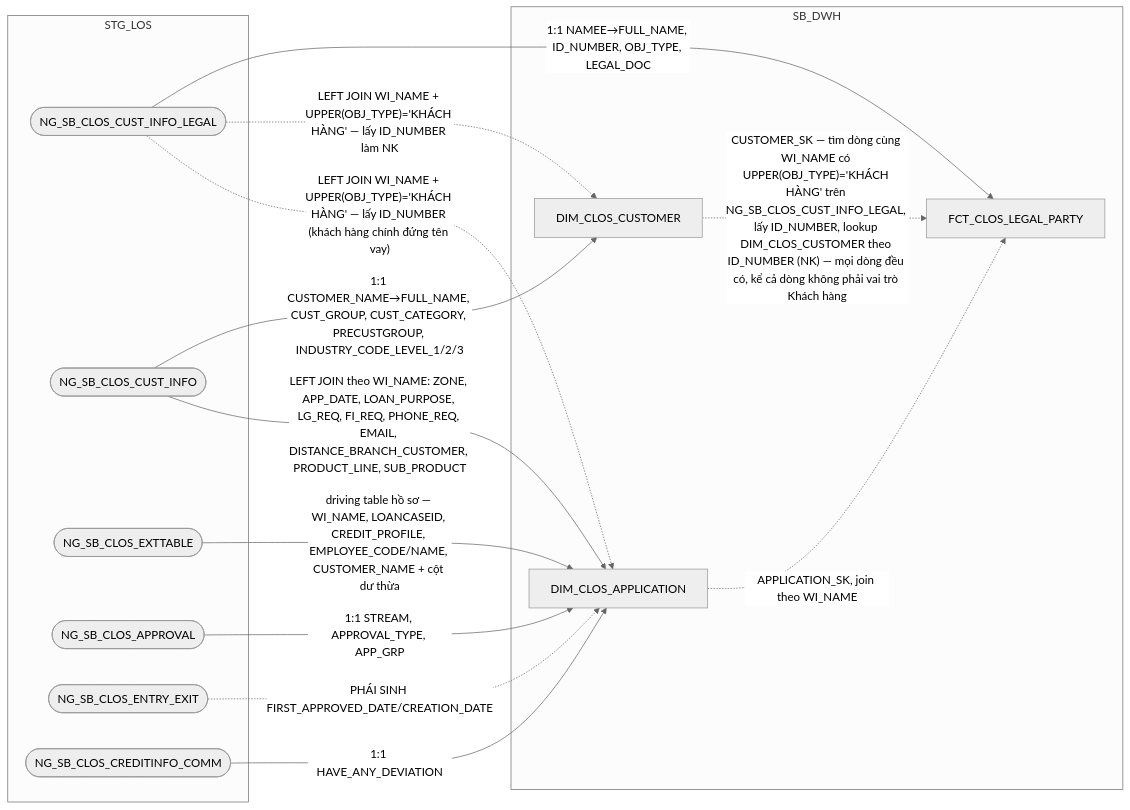
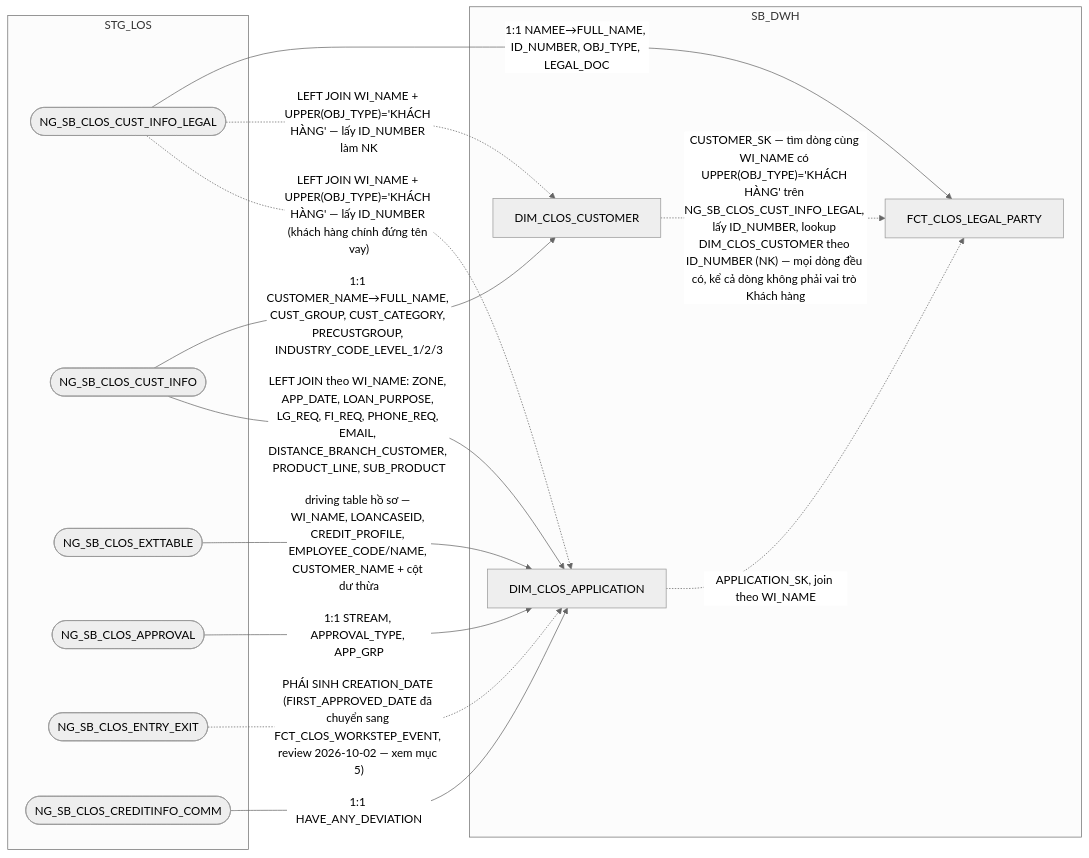
One commit to chien1198/sb-mapping-gen changed the sixth of 14 diagrams in hld/hld_review/HLD_FCT_SB_DWH_review.md. Above: the diagram before and after it, drawn with Mermaid (neutral theme). The commit also changed other lines of this file and 124 other files, not shown here.

````diff
--- a/hld/hld_review/HLD_FCT_SB_DWH_review.md
+++ b/hld/hld_review/HLD_FCT_SB_DWH_review.md
@@ -468,27 +442,27 @@
 ```mermaid
 flowchart LR
     subgraph STG_LOS
         A(["NG_SB_CLOS_CUST_INFO_LEGAL"])
         CI(["NG_SB_CLOS_CUST_INFO"])
         EX(["NG_SB_CLOS_EXTTABLE"])
         AR(["NG_SB_CLOS_APPROVAL"])
         EE(["NG_SB_CLOS_ENTRY_EXIT"])
         CM(["NG_SB_CLOS_CREDITINFO_COMM"])
     end
     subgraph SB_DWH
         K["DIM_CLOS_CUSTOMER"]
         AP["DIM_CLOS_APPLICATION"]
         E["FCT_CLOS_LEGAL_PARTY"]
     end
     A -->|1:1 NAMEE→FULL_NAME, ID_NUMBER, OBJ_TYPE, LEGAL_DOC| E
     K -.->|"CUSTOMER_SK — tìm dòng cùng WI_NAME có UPPER(OBJ_TYPE)='KHÁCH HÀNG' trên NG_SB_CLOS_CUST_INFO_LEGAL, lấy ID_NUMBER, lookup DIM_CLOS_CUSTOMER theo ID_NUMBER (NK) — mọi dòng đều có, kể cả dòng không phải vai trò Khách hàng"| E
     AP -.->|"APPLICATION_SK, join theo WI_NAME"| E
     CI -->|"1:1 CUSTOMER_NAME→FULL_NAME, CUST_GROUP, CUST_CATEGORY, PRECUSTGROUP, INDUSTRY_CODE_LEVEL_1/2/3"| K
     A -.->|"LEFT JOIN WI_NAME + UPPER(OBJ_TYPE)='KHÁCH HÀNG' — lấy ID_NUMBER làm NK"| K
     EX -->|"driving table hồ sơ — WI_NAME, LOANCASEID, CREDIT_PROFILE, EMPLOYEE_CODE/NAME, CUSTOMER_NAME + cột dư thừa"| AP
     CI -->|"LEFT JOIN theo WI_NAME: ZONE, APP_DATE, LOAN_PURPOSE, LG_REQ, FI_REQ, PHONE_REQ, EMAIL, DISTANCE_BRANCH_CUSTOMER, PRODUCT_LINE, SUB_PRODUCT"| AP
     A -.->|"LEFT JOIN WI_NAME + UPPER(OBJ_TYPE)='KHÁCH HÀNG' — lấy ID_NUMBER (khách hàng chính đứng tên vay)"| AP
     AR -->|1:1 STREAM, APPROVAL_TYPE, APP_GRP| AP
-    EE -.->|"PHÁI SINH FIRST_APPROVED_DATE/CREATION_DATE"| AP
+    EE -.->|"PHÁI SINH CREATION_DATE (FIRST_APPROVED_DATE đã chuyển sang FCT_CLOS_WORKSTEP_EVENT, review 2026-10-02 — xem mục 5)"| AP
     CM -->|1:1 HAVE_ANY_DEVIATION| AP
 ```
````
